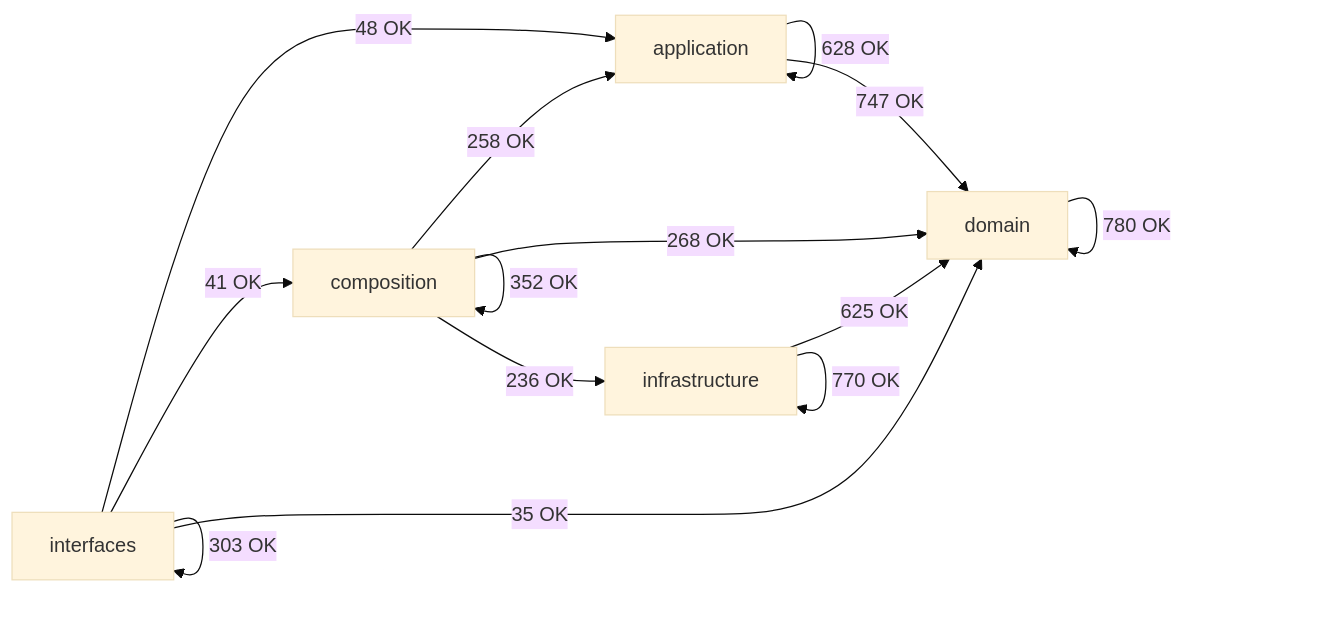
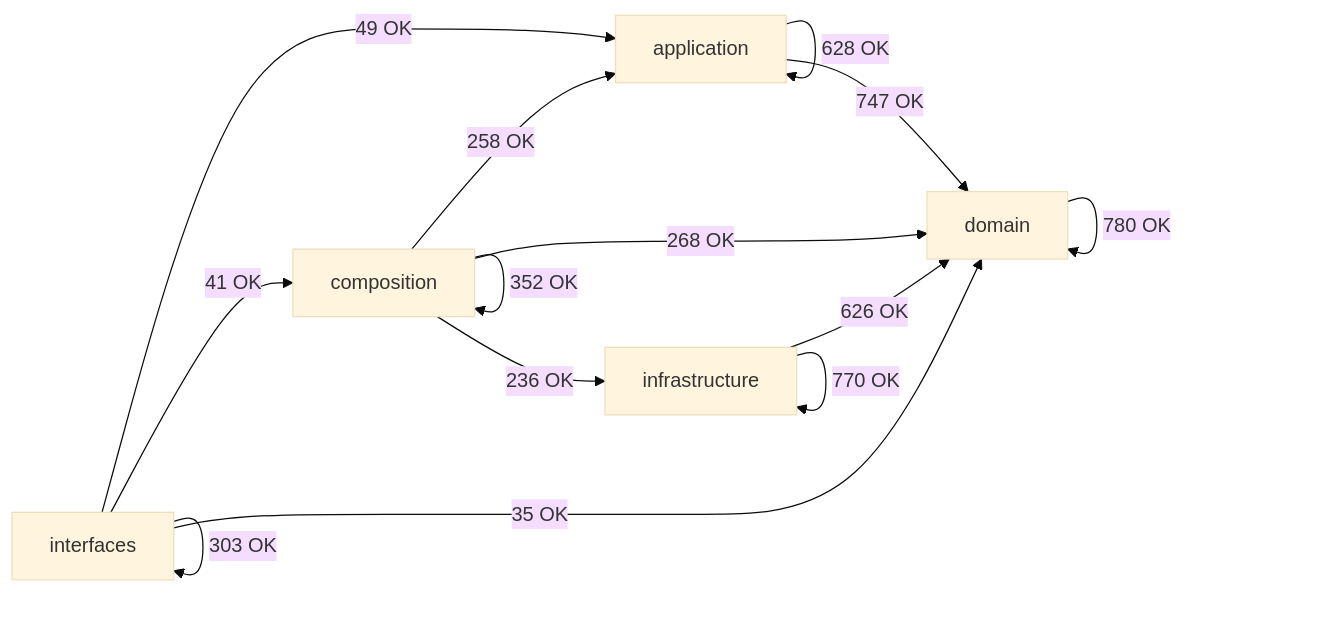
Before and after one commit to SatoryKono/BioactivityDataAcquisition: the diagram in docs/02-architecture/generated/module-dependency-map.md, drawn with Mermaid (base theme). The commit also changed other lines of this file and 75 other files, not shown here.

````diff
--- a/docs/02-architecture/generated/module-dependency-map.md
+++ b/docs/02-architecture/generated/module-dependency-map.md
@@ -17,21 +17,21 @@
 ```mermaid
 flowchart LR
     domain[domain]
     application[application]
     infrastructure[infrastructure]
     composition[composition]
     interfaces[interfaces]
     application -->|628 OK| application
     application -->|747 OK| domain
     composition -->|258 OK| application
     composition -->|352 OK| composition
     composition -->|268 OK| domain
     composition -->|236 OK| infrastructure
     domain -->|780 OK| domain
-    infrastructure -->|625 OK| domain
+    infrastructure -->|626 OK| domain
     infrastructure -->|770 OK| infrastructure
-    interfaces -->|48 OK| application
+    interfaces -->|49 OK| application
     interfaces -->|41 OK| composition
     interfaces -->|35 OK| domain
     interfaces -->|303 OK| interfaces
 ```
````
